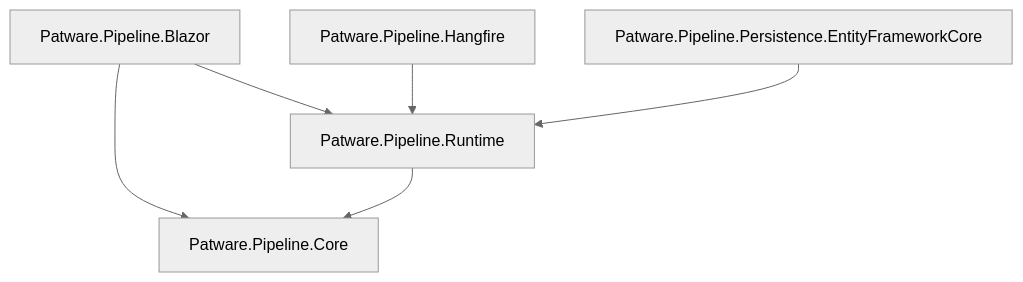
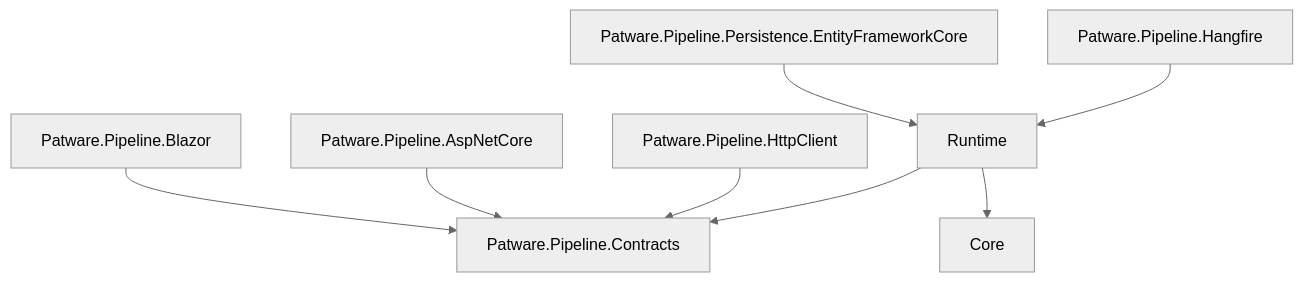
One commit to patware/Patware.Pipeline changed the second of 2 diagrams in README.md. Above: the diagram before and after it, drawn with Mermaid (neutral theme). The commit also changed other lines of this file and 40 other files, not shown here.

````diff
--- a/README.md
+++ b/README.md
@@ -99,8 +102,10 @@
 ```mermaid
 flowchart TD
-    Blazor["Patware.Pipeline.Blazor"] --> Runtime["Patware.Pipeline.Runtime"]
-    Blazor --> Core["Patware.Pipeline.Core"]
+    Blazor["Patware.Pipeline.Blazor"] --> Contracts["Patware.Pipeline.Contracts"]
+    AspNetCore["Patware.Pipeline.AspNetCore"] --> Contracts
+    HttpClient["Patware.Pipeline.HttpClient"] --> Contracts
     Hangfire["Patware.Pipeline.Hangfire"] --> Runtime
     Persistence["Patware.Pipeline.Persistence.EntityFrameworkCore"] --> Runtime
     Runtime --> Core
+    Runtime --> Contracts
 ```
````
